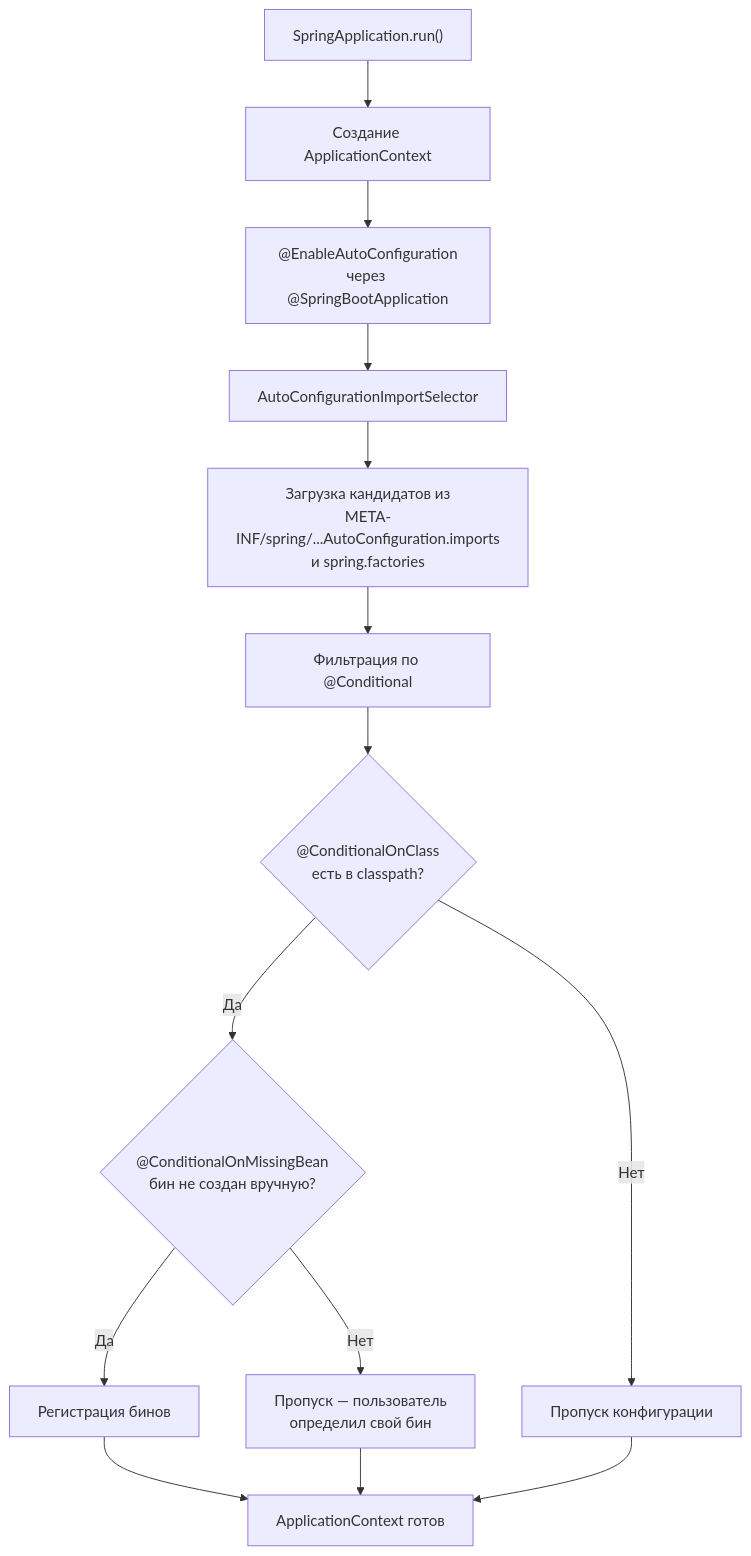
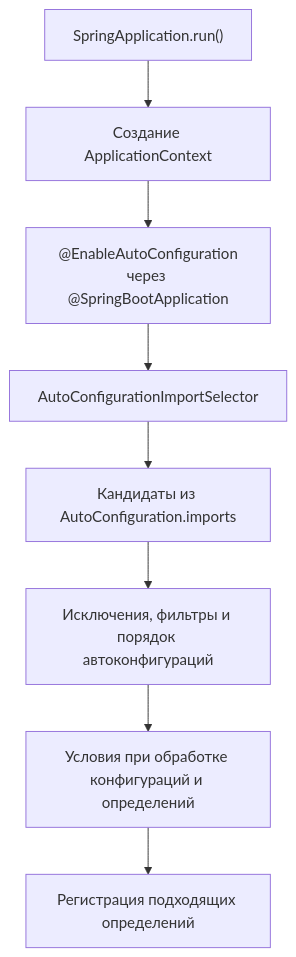
One commit to akeverus/cheat-sheet changed the third of 8 diagrams in cheatsheets/interview/frameworks/spring/spring-boot-interview.md. Above: the diagram before and after it, drawn with Mermaid. The commit also changed other lines of this file and 154 other files, not shown here.

````diff
--- a/cheatsheets/interview/frameworks/spring/spring-boot-interview.md
+++ b/cheatsheets/interview/frameworks/spring/spring-boot-interview.md
@@ -316,16 +315,10 @@
 ```mermaid
 graph TD
     A["SpringApplication.run()"] --> B["Создание ApplicationContext"]
     B --> C["@EnableAutoConfiguration<br/>через @SpringBootApplication"]
     C --> D["AutoConfigurationImportSelector"]
-    D --> E["Загрузка кандидатов из<br/>META-INF/spring/...AutoConfiguration.imports<br/>и spring.factories"]
-    E --> F["Фильтрация по @Conditional"]
-    F --> G{"@ConditionalOnClass<br/>есть в classpath?"}
-    G -->|Да| H{"@ConditionalOnMissingBean<br/>бин не создан вручную?"}
-    G -->|Нет| I["Пропуск конфигурации"]
-    H -->|Да| J["Регистрация бинов"]
-    H -->|Нет| K["Пропуск — пользователь<br/>определил свой бин"]
-    J --> L["ApplicationContext готов"]
-    K --> L
-    I --> L
+    D --> E["Кандидаты из AutoConfiguration.imports"]
+    E --> F["Исключения, фильтры и порядок автоконфигураций"]
+    F --> G["Условия при обработке конфигураций и определений"]
+    G --> H["Регистрация подходящих определений"]
 ```
````
